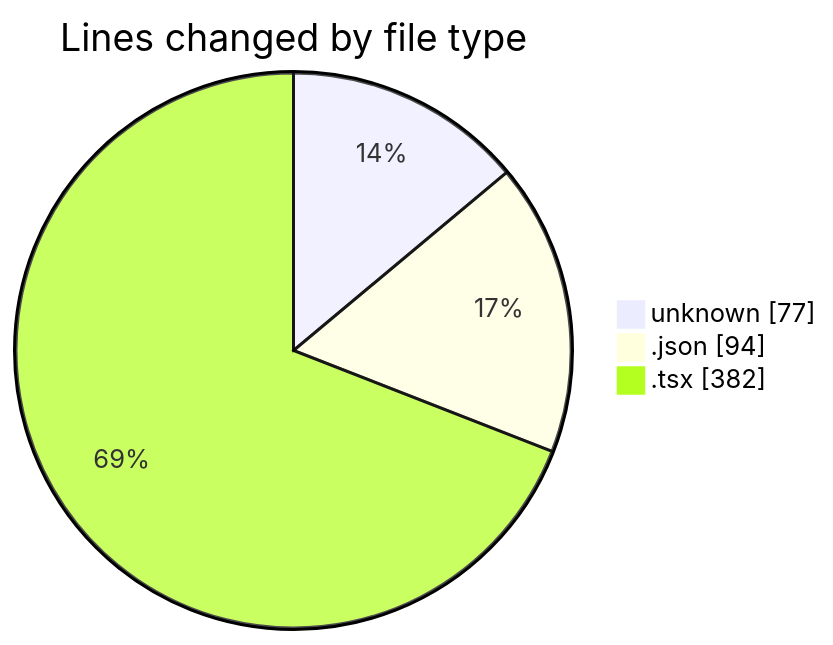
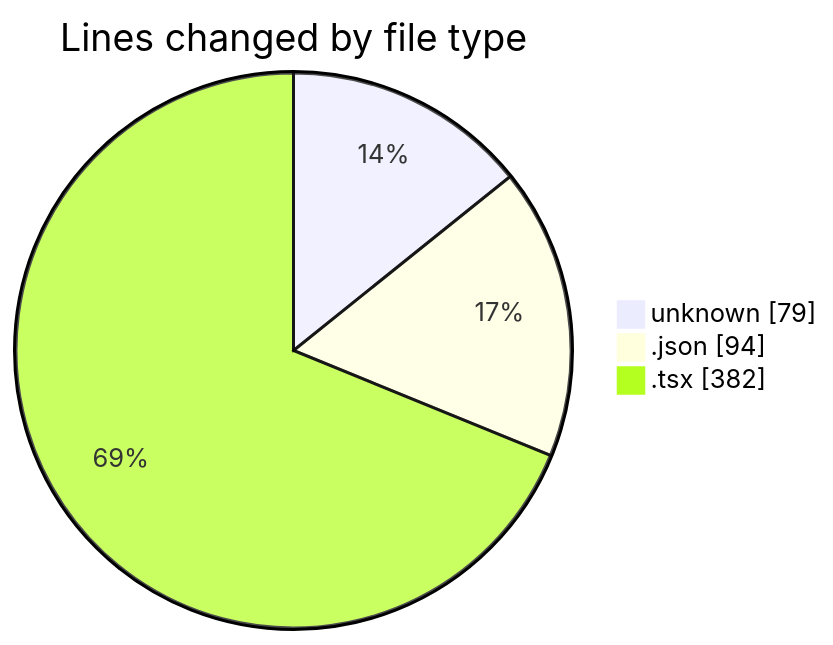
One commit to JenPaints/code-tracking changed the first of 2 diagrams in 2025-07-24/cohera/README.md. Above: the diagram before and after it, drawn with Mermaid. The commit also changed other lines of this file and 1 other file, not shown here.

````diff
--- a/2025-07-24/cohera/README.md
+++ b/2025-07-24/cohera/README.md
@@ -27,7 +27,7 @@
 ```mermaid
 pie showData
 title Lines changed by file type
-"unknown" : 77
+"unknown" : 79
 ".json" : 94
 ".tsx" : 382
 ```
````
